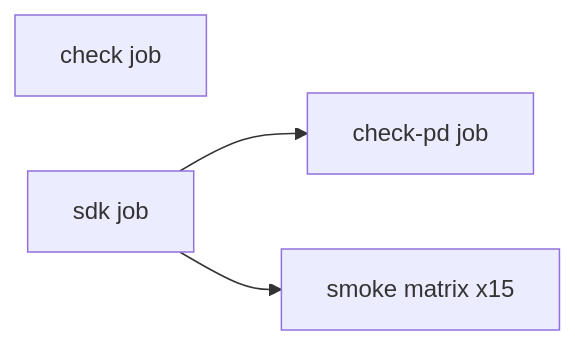
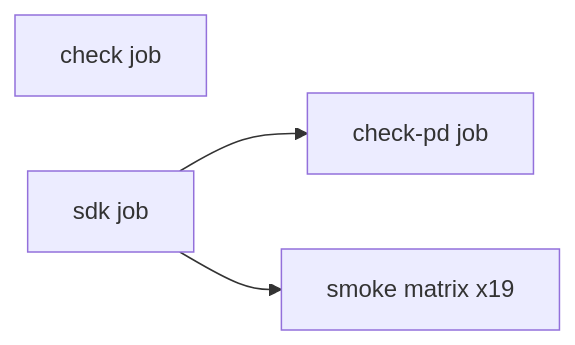
Before and after one commit to julerex/lerux: the diagram in docs/ci.md, drawn with Mermaid. The commit also changed other lines of this file and 17 other files, not shown here.

````diff
--- a/docs/ci.md
+++ b/docs/ci.md
@@ -12,9 +12,9 @@
 ```mermaid
 flowchart LR
   check[check job]
   sdk[sdk job]
   checkPd[check-pd job]
-  smoke[smoke matrix x15]
+  smoke[smoke matrix x19]
   sdk --> checkPd
   sdk --> smoke
 ```
````
